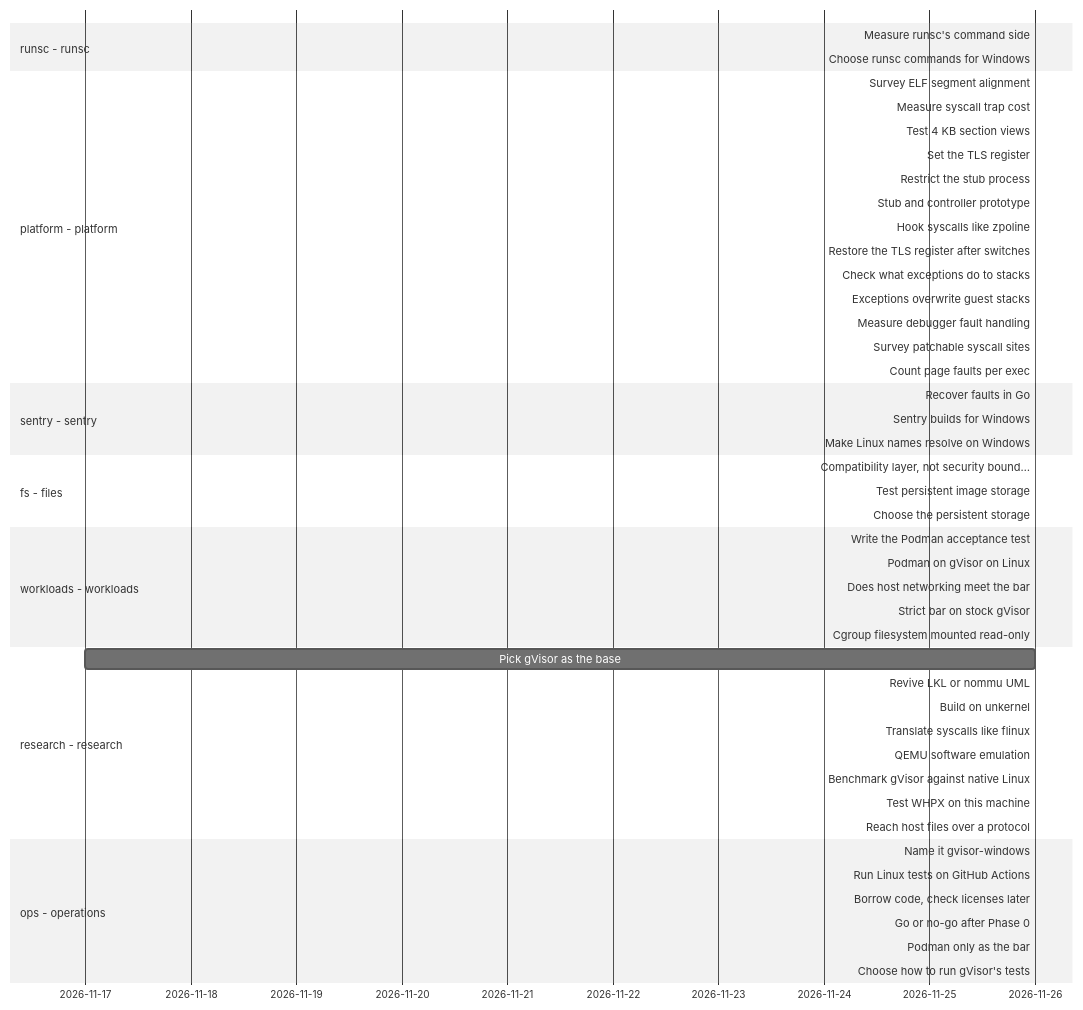
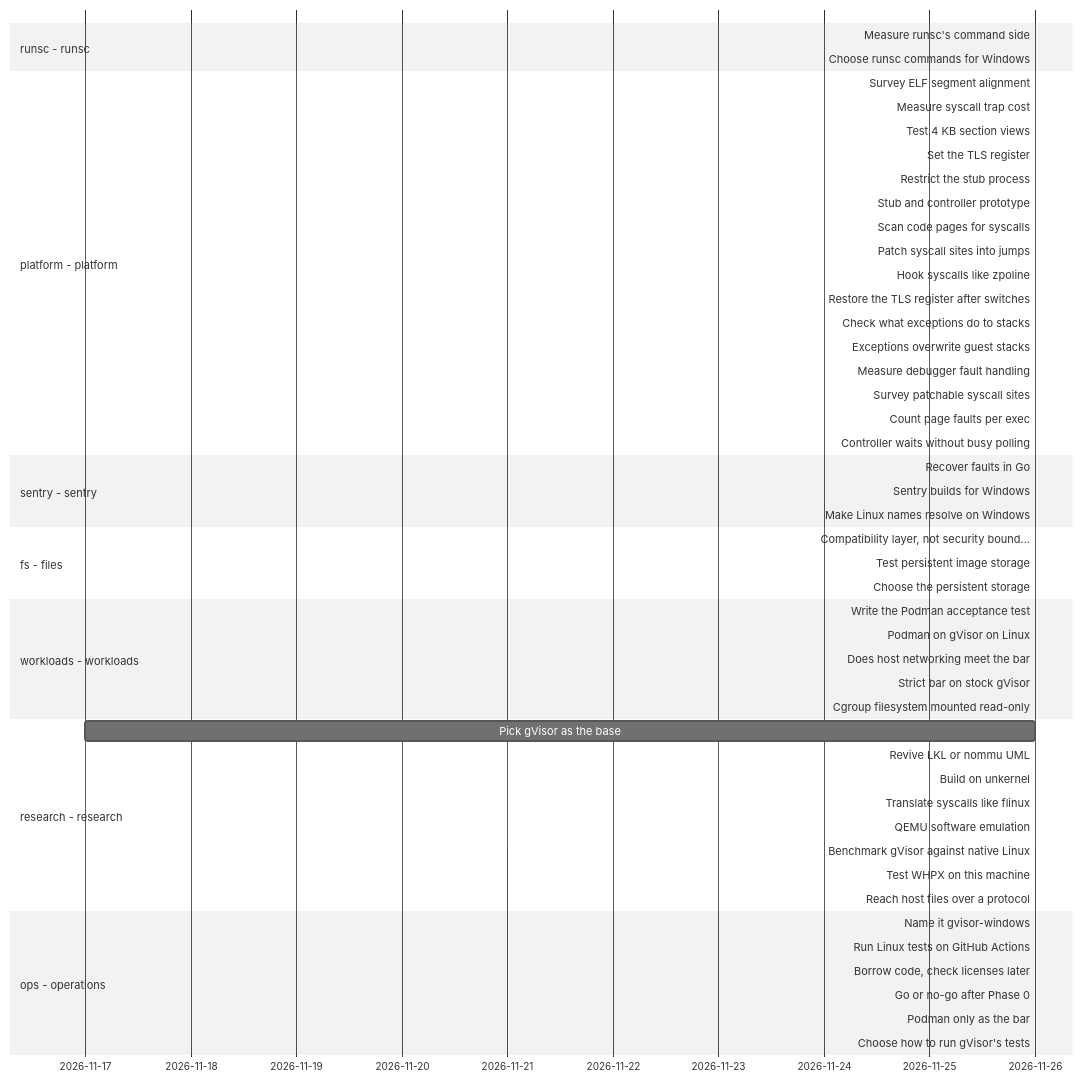
One commit to lhns/gvisor-windows changed the diagram in docs/roadmap/timeline.md. Above: the diagram before and after it, drawn with Mermaid (neutral theme). The commit also changed other lines of this file and 4 other files, not shown here.

````diff
--- a/docs/roadmap/timeline.md
+++ b/docs/roadmap/timeline.md
@@ -10,52 +10,55 @@
 ```mermaid
 gantt
     dateFormat YYYY-MM-DD
     axisFormat %Y-%m-%d
     section runsc - runsc
     Measure runsc's command side :runsc_measure_cli, 2026-11-26, 2026-11-26
     Choose runsc commands for Windows :runsc_windows_commands, 2026-11-26, 2026-11-26
     section platform - platform
     Survey ELF segment alignment :platform_elf_alignment_survey, 2026-11-26, 2026-11-26
     Measure syscall trap cost :platform_trap_cost, 2026-11-26, 2026-11-26
     Test 4 KB section views :platform_4k_section_views, 2026-11-26, 2026-11-26
     Set the TLS register :platform_tls_register, 2026-11-26, 2026-11-26
     Restrict the stub process :platform_restricted_stub, 2026-11-26, 2026-11-26
     Stub and controller prototype :platform_stub_controller, 2026-11-26, 2026-11-26
+    Scan code pages for syscalls :platform_page_verification, 2026-11-26, 2026-11-26
+    Patch syscall sites into jumps :platform_syscall_fast_path, 2026-11-26, 2026-11-26
     Hook syscalls like zpoline :crit, platform_zpoline_hooks, 2026-11-26, 2026-11-26
     Restore the TLS register after switches :platform_fs_base_repair, 2026-11-26, 2026-11-26
     Check what exceptions do to stacks :platform_exception_stack, 2026-11-26, 2026-11-26
     Exceptions overwrite guest stacks :platform_veh_on_guest_stack_unsafe, 2026-11-26, 2026-11-26
     Measure debugger fault handling :platform_debug_event_cost, 2026-11-26, 2026-11-26
     Survey patchable syscall sites :platform_syscall_site_survey, 2026-11-26, 2026-11-26
     Count page faults per exec :platform_faults_per_exec, 2026-11-26, 2026-11-26
+    Controller waits without busy polling :platform_controller_wakeups, 2026-11-26, 2026-11-26
     section sentry - sentry
     Recover faults in Go :sentry_go_fault_recovery, 2026-11-26, 2026-11-26
     Sentry builds for Windows :active, sentry_windows_build, 2026-11-26, 2026-11-26
     Make Linux names resolve on Windows :sentry_unix_shim, 2026-11-26, 2026-11-26
     section fs - files
     Compatibility layer, not security bound… :fs_compat_layer_not_boundary, 2026-11-26, 2026-11-26
     Test persistent image storage :fs_persistent_image_storage, 2026-11-26, 2026-11-26
     Choose the persistent storage :fs_persistent_storage_choice, 2026-11-26, 2026-11-26
     section workloads - workloads
     Write the Podman acceptance test :workloads_acceptance_test, 2026-11-26, 2026-11-26
     Podman on gVisor on Linux :workloads_podman_on_gvisor_linux, 2026-11-26, 2026-11-26
     Does host networking meet the bar :workloads_bar_host_network, 2026-11-26, 2026-11-26
     Strict bar on stock gVisor :workloads_strict_bar_linux, 2026-11-26, 2026-11-26
     Cgroup filesystem mounted read-only :workloads_gvisor_cgroupfs_readonly, 2026-11-26, 2026-11-26
     section research - research
     Pick gVisor as the base :research_gvisor_base, 2026-11-17, 2026-11-26
     Revive LKL or nommu UML :crit, research_lkl_nommu, 2026-11-26, 2026-11-26
     Build on unkernel :crit, research_unkernel, 2026-11-26, 2026-11-26
     Translate syscalls like flinux :crit, research_flinux_translation, 2026-11-26, 2026-11-26
     QEMU software emulation :crit, research_qemu_emulation, 2026-11-26, 2026-11-26
     Benchmark gVisor against native Linux :research_gvisor_benchmark, 2026-11-26, 2026-11-26
     Test WHPX on this machine :crit, research_whpx_this_machine, 2026-11-26, 2026-11-26
     Reach host files over a protocol :crit, research_file_protocol, 2026-11-26, 2026-11-26
     section ops - operations
     Name it gvisor-windows :ops_name_and_fork, 2026-11-26, 2026-11-26
     Run Linux tests on GitHub Actions :ops_linux_tests_on_actions, 2026-11-26, 2026-11-26
     Borrow code, check licenses later :ops_borrow_code, 2026-11-26, 2026-11-26
     Go or no-go after Phase 0 :ops_phase0_go_no_go, 2026-11-26, 2026-11-26
     Podman only as the bar :ops_podman_only_the_bar, 2026-11-26, 2026-11-26
     Choose how to run gVisor's tests :ops_syscall_test_strategy, 2026-11-26, 2026-11-26
 ```
````
